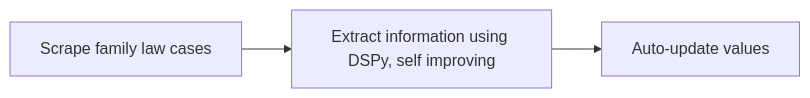
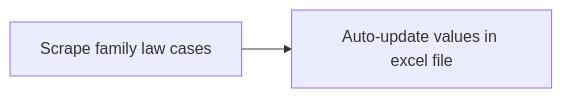
The diagram in README.md (gerkoh/judgment-data-extraction), drawn with Mermaid before and after one commit. The commit also changed other lines of this file and 4 other files, not shown here.

````diff
--- a/README.md
+++ b/README.md
@@ -2,4 +5,4 @@
 ```mermaid
 flowchart LR
-  A[Scrape family law cases] --> B[Extract information using DSPy, self improving] --> C[Auto-update values]
+  A[Scrape family law cases] --> B[Auto-update values in excel file]
 ```
````
